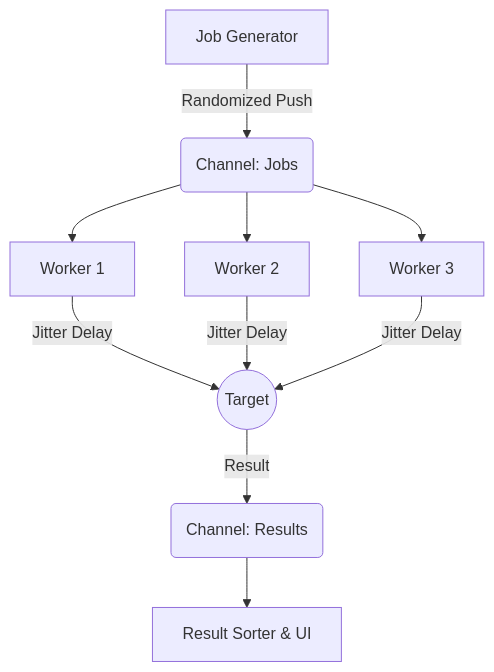
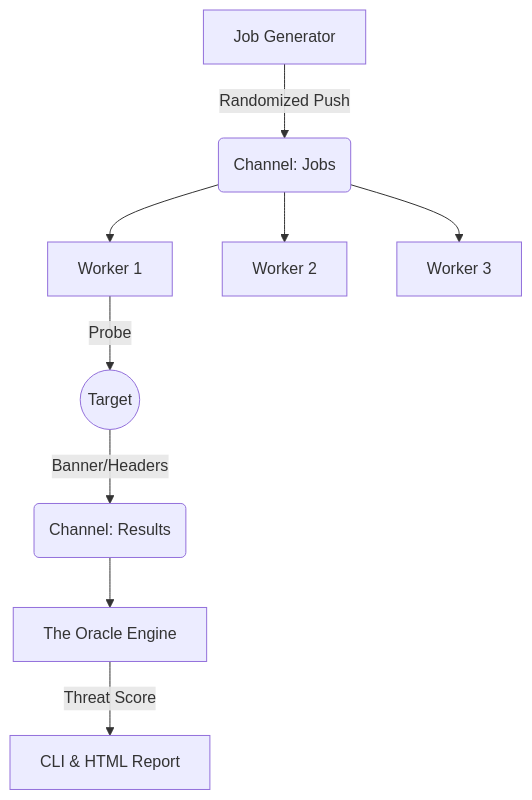
One commit to StaiLee/Argos changed the diagram in README.md. Above: the diagram before and after it, drawn with Mermaid. The commit also changed other lines of this file, not shown here.

````diff
--- a/README.md
+++ b/README.md
@@ -114,12 +125,11 @@
 ```mermaid
 graph TD;
     Generator[Job Generator] -->|Randomized Push| Jobs(Channel: Jobs);
     Jobs --> Worker1[Worker 1];
     Jobs --> Worker2[Worker 2];
     Jobs --> Worker3[Worker 3];
-    Worker1 -->|Jitter Delay| Network((Target));
-    Worker2 -->|Jitter Delay| Network;
-    Worker3 -->|Jitter Delay| Network;
-    Network -->|Result| Results(Channel: Results);
-    Results --> Aggregator[Result Sorter & UI];
+    Worker1 -->|Probe| Network((Target));
+    Network -->|Banner/Headers| Results(Channel: Results);
+    Results --> Oracle[The Oracle Engine];
+    Oracle -->|Threat Score| UI[CLI & HTML Report];
 ```
````
